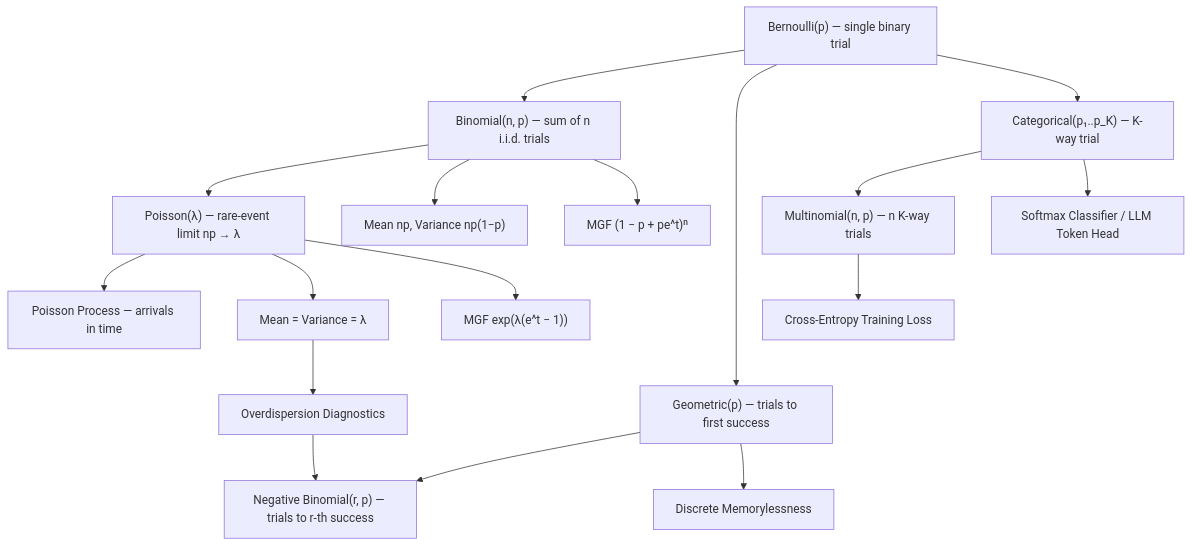
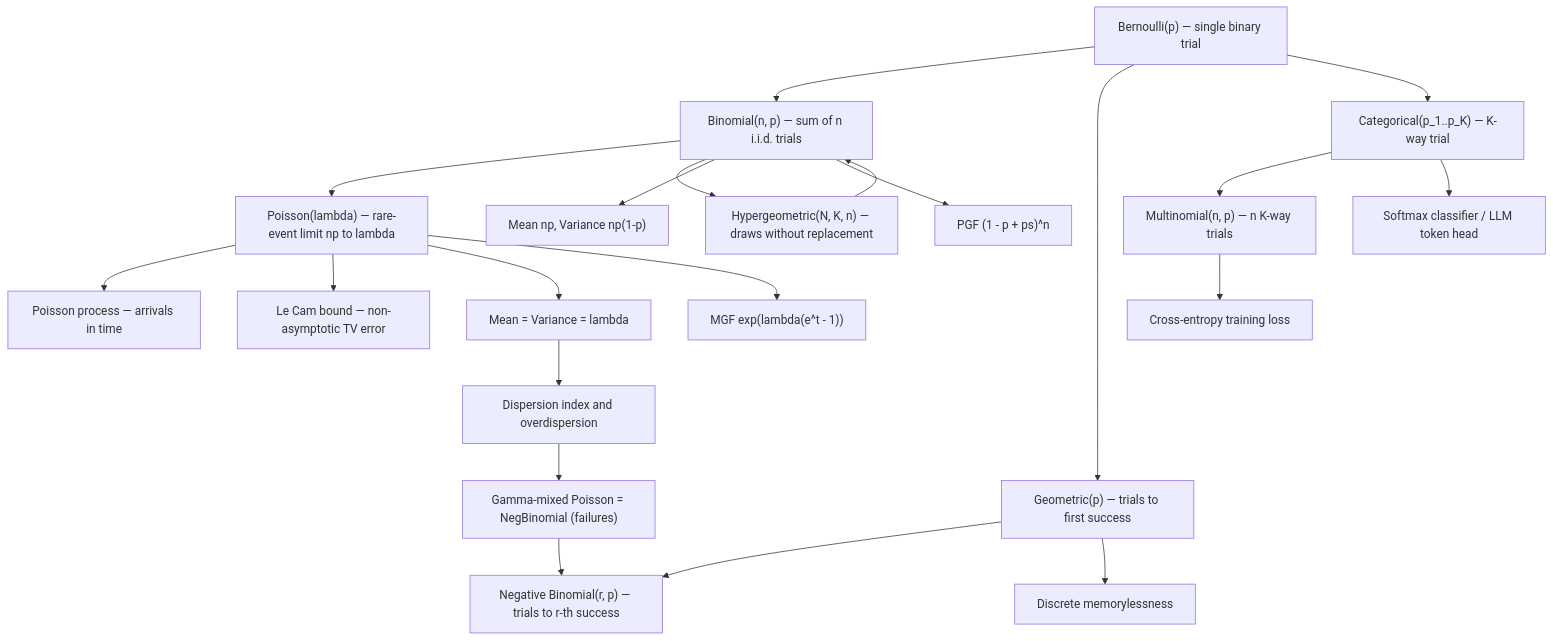
Before and after one commit to hien078/applied-mathematics-foundation: the diagram in probability_statistics/04_discrete_distributions/README.md, drawn with Mermaid. The commit also changed other lines of this file and 150 other files, not shown here.

````diff
--- a/probability_statistics/04_discrete_distributions/README.md
+++ b/probability_statistics/04_discrete_distributions/README.md
@@ -24,19 +37,23 @@
 ```mermaid
 graph TD
     A["Bernoulli(p) — single binary trial"] --> B["Binomial(n, p) — sum of n i.i.d. trials"]
     A --> C["Geometric(p) — trials to first success"]
     C --> D["Negative Binomial(r, p) — trials to r-th success"]
-    A --> E["Categorical(p₁..p_K) — K-way trial"]
+    A --> E["Categorical(p_1..p_K) — K-way trial"]
     E --> F["Multinomial(n, p) — n K-way trials"]
-    B --> G["Poisson(λ) — rare-event limit np → λ"]
-    G --> H["Poisson Process — arrivals in time"]
-    B --> I["Mean np, Variance np(1−p)"]
-    G --> J["Mean = Variance = λ"]
-    J --> K["Overdispersion Diagnostics"]
-    K --> D
-    C --> L["Discrete Memorylessness"]
-    E --> M["Softmax Classifier / LLM Token Head"]
-    B --> N["MGF (1 − p + pe^t)ⁿ"]
-    G --> O["MGF exp(λ(e^t − 1))"]
-    F --> P["Cross-Entropy Training Loss"]
+    B --> G["Poisson(lambda) — rare-event limit np to lambda"]
+    B --> Q["Hypergeometric(N, K, n) — draws without replacement"]
+    Q --> B
+    G --> H["Poisson process — arrivals in time"]
+    G --> R["Le Cam bound — non-asymptotic TV error"]
+    B --> I["Mean np, Variance np(1-p)"]
+    G --> J["Mean = Variance = lambda"]
+    J --> K["Dispersion index and overdispersion"]
+    K --> S["Gamma-mixed Poisson = NegBinomial (failures)"]
+    S --> D
+    C --> L["Discrete memorylessness"]
+    E --> M["Softmax classifier / LLM token head"]
+    B --> N["PGF (1 - p + ps)^n"]
+    G --> O["MGF exp(lambda(e^t - 1))"]
+    F --> P["Cross-entropy training loss"]
 ```
````
